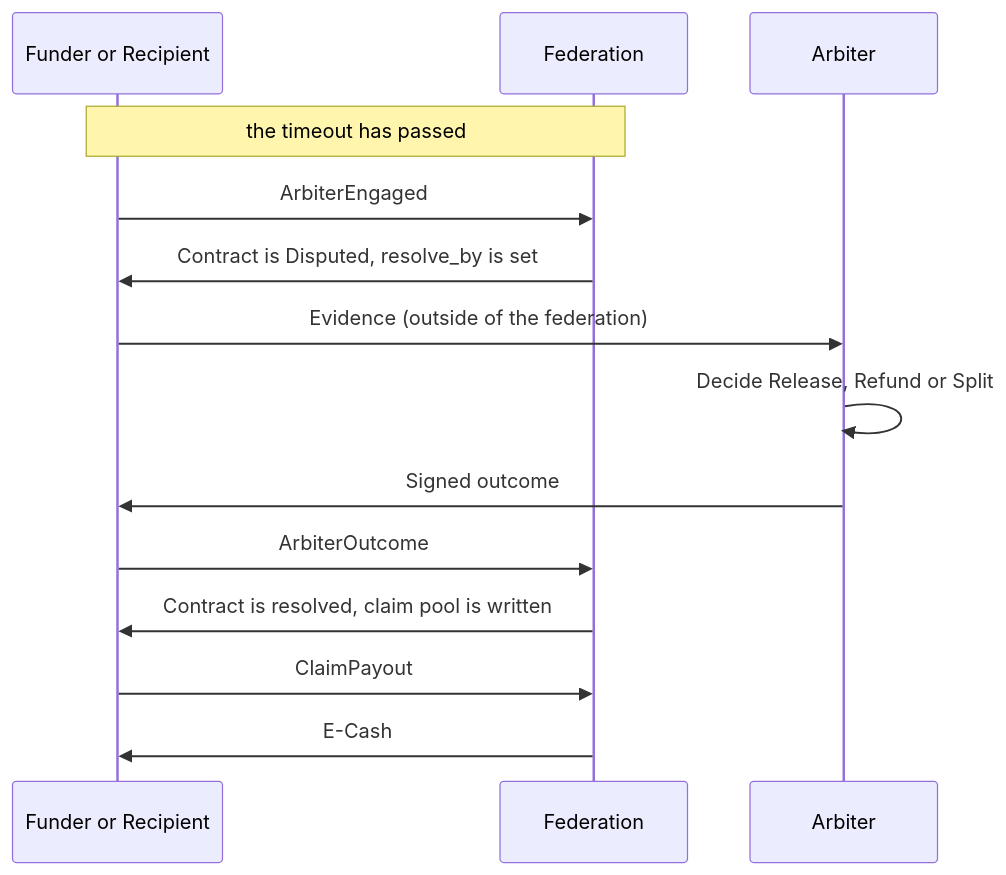
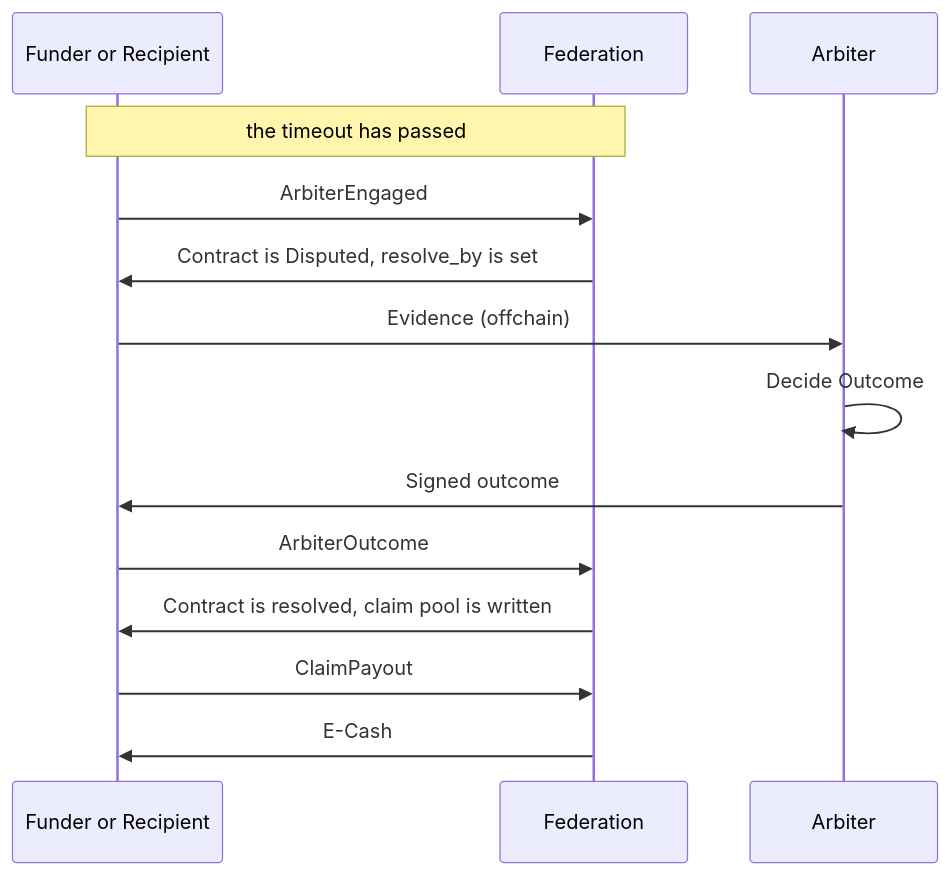
The second of 4 diagrams in docs/escrow_module.md (Harshdev098/fedimint), drawn with Mermaid before and after one commit. The commit also changed other lines of this file and 1 other file, not shown here.

````diff
--- a/docs/escrow_module.md
+++ b/docs/escrow_module.md
@@ -92,17 +92,17 @@
 ```mermaid
 sequenceDiagram;
     participant p as Funder or Recipient
     participant fed as Federation
     participant a as Arbiter
 
     Note over p,fed: the timeout has passed
     p->>fed: ArbiterEngaged
     fed->>p: Contract is Disputed, resolve_by is set
-    p->>a: Evidence (outside of the federation)
-    a->>a: Decide Release, Refund or Split
+    p->>a: Evidence (offchain)
+    a->>a: Decide Outcome
     a->>p: Signed outcome
     p->>fed: ArbiterOutcome
     fed->>p: Contract is resolved, claim pool is written
     p->>fed: ClaimPayout
     fed->>p: E-Cash
 ```
````
